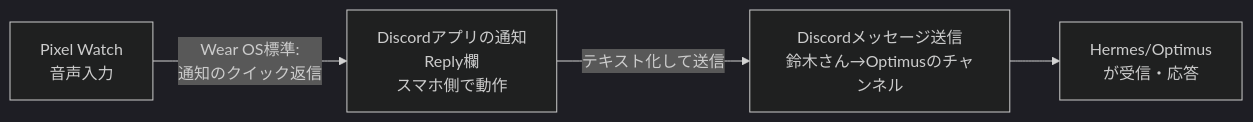
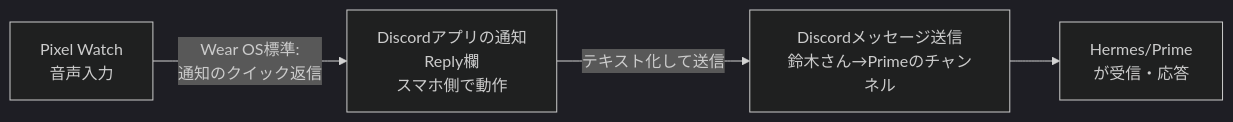
The diagram in docs/hermes/004_INFO_GUIDE_pixelwatch-voice-command-route.md (TakahitoSuzukiii/public-hermes-01), drawn with Mermaid (dark theme) before and after one commit. The commit also changed other lines of this file and 4 other files, not shown here.

````diff
--- a/docs/hermes/004_INFO_GUIDE_pixelwatch-voice-command-route.md
+++ b/docs/hermes/004_INFO_GUIDE_pixelwatch-voice-command-route.md
@@ -16,6 +16,6 @@
 ```mermaid
 flowchart LR
     A[Pixel Watch<br/>音声入力] -->|Wear OS標準:<br/>通知のクイック返信| B[Discordアプリの通知<br/>Reply欄<br/>スマホ側で動作]
-    B -->|テキスト化して送信| C[Discordメッセージ送信<br/>鈴木さん→Optimusのチャンネル]
-    C --> D[Hermes/Optimus<br/>が受信・応答]
+    B -->|テキスト化して送信| C[Discordメッセージ送信<br/>鈴木さん→Primeのチャンネル]
+    C --> D[Hermes/Prime<br/>が受信・応答]
 ```
````
